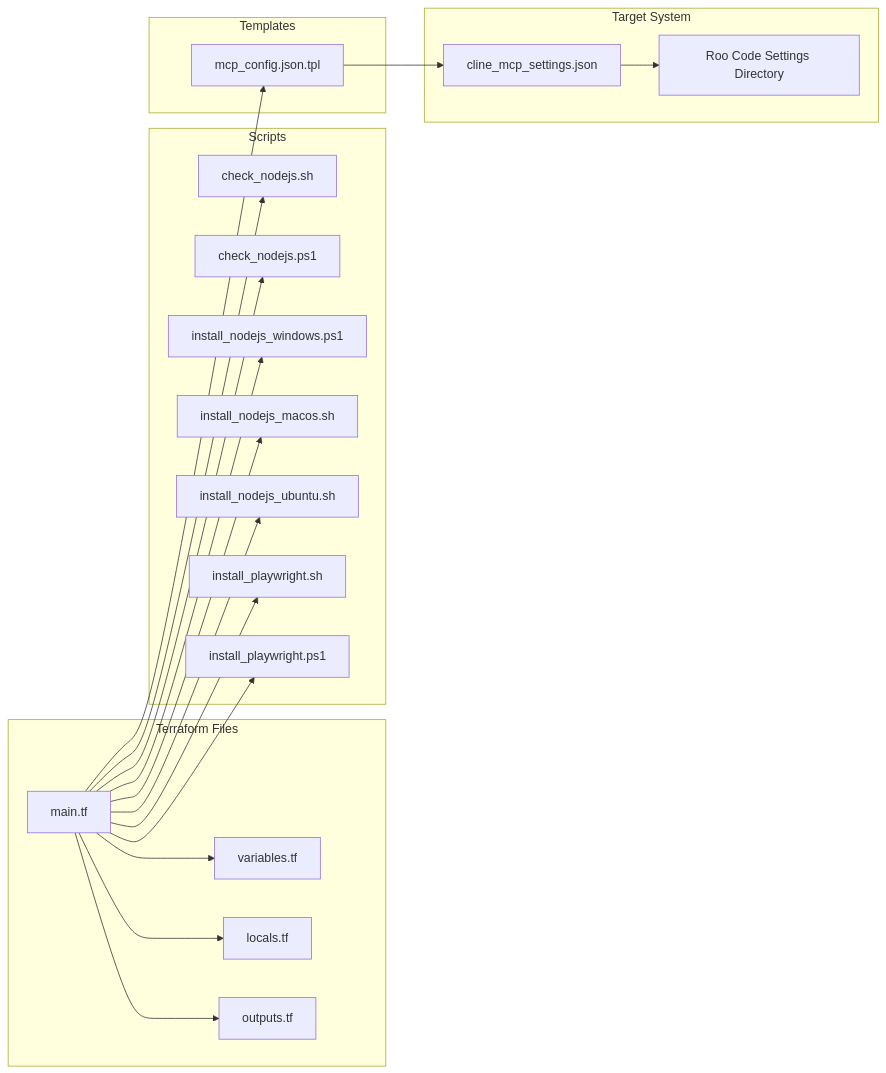
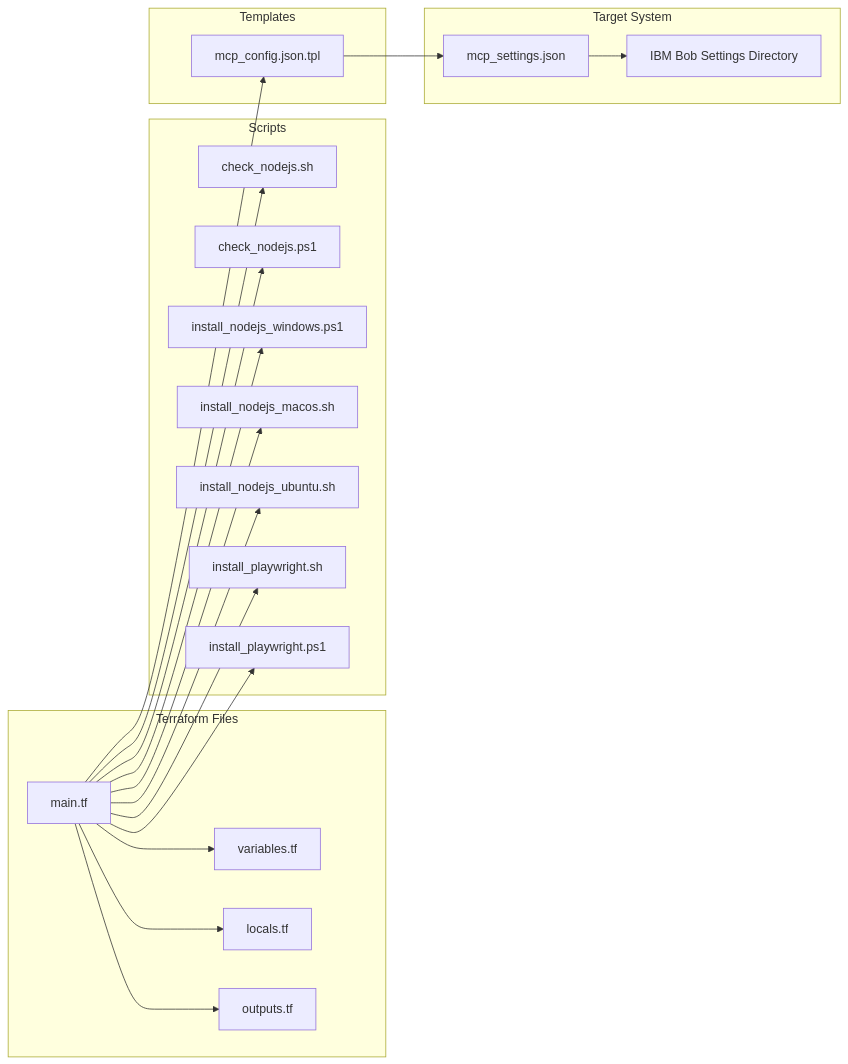
Before and after one commit to simontokyo/terraform-ibmbob-playwright-mcp: the third of 6 diagrams in ARCHITECTURE.md, drawn with Mermaid. The commit also changed other lines of this file and 3 other files, not shown here.

````diff
--- a/ARCHITECTURE.md
+++ b/ARCHITECTURE.md
@@ -131,44 +131,44 @@
 ```mermaid
 graph LR
     subgraph Terraform Files
         Main[main.tf]
         Vars[variables.tf]
         Locals[locals.tf]
         Outputs[outputs.tf]
     end
     
     subgraph Scripts
         CheckNodeSh[check_nodejs.sh]
         CheckNodePs[check_nodejs.ps1]
         InstallWin[install_nodejs_windows.ps1]
         InstallMac[install_nodejs_macos.sh]
         InstallUbu[install_nodejs_ubuntu.sh]
         InstallPWSh[install_playwright.sh]
         InstallPWPs[install_playwright.ps1]
     end
     
     subgraph Templates
         MCPTpl[mcp_config.json.tpl]
     end
     
     subgraph Target System
-        RooSettings[Roo Code Settings Directory]
-        MCPConfig[cline_mcp_settings.json]
+        BobSettings[IBM Bob Settings Directory]
+        MCPConfig[mcp_settings.json]
     end
     
     Main --> Vars
     Main --> Locals
     Main --> Outputs
     
     Main --> CheckNodeSh
     Main --> CheckNodePs
     Main --> InstallWin
     Main --> InstallMac
     Main --> InstallUbu
     Main --> InstallPWSh
     Main --> InstallPWPs
     
     Main --> MCPTpl
     MCPTpl --> MCPConfig
-    MCPConfig --> RooSettings
+    MCPConfig --> BobSettings
 ```
````
